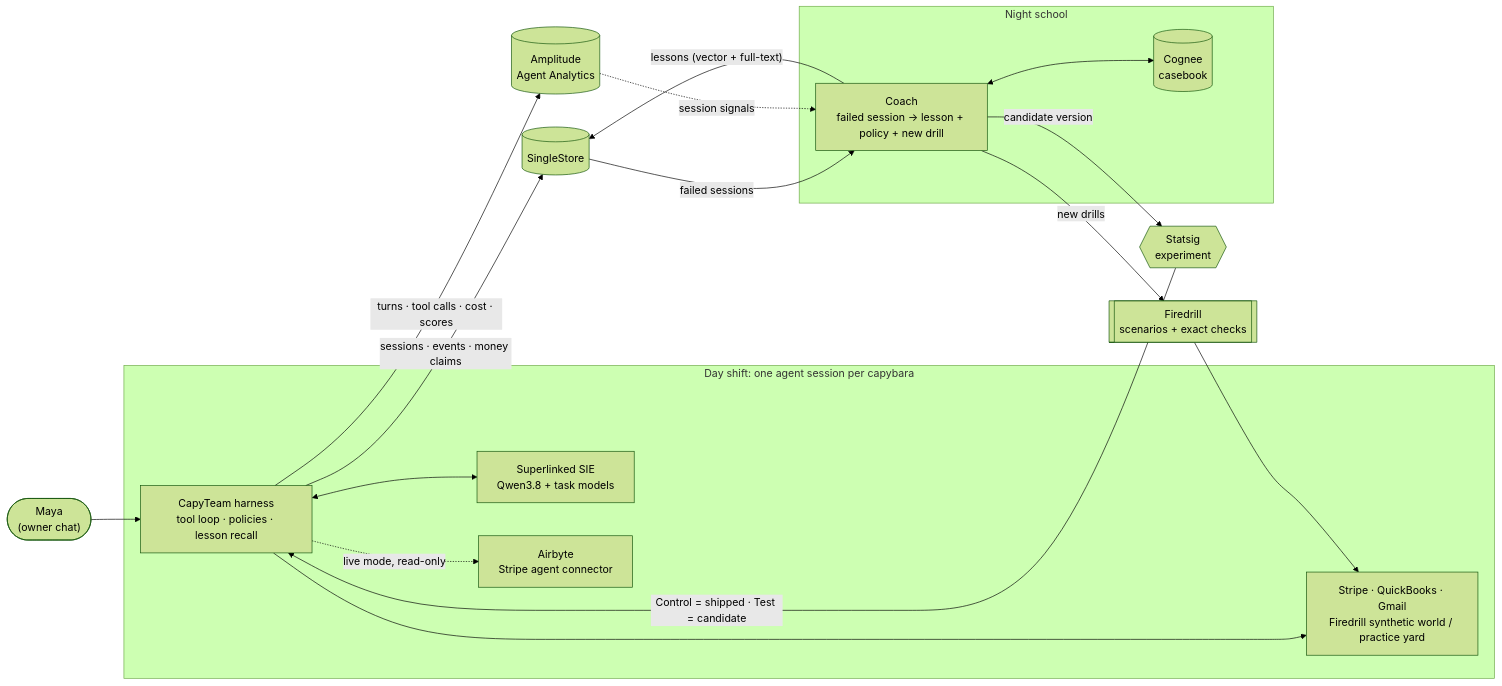
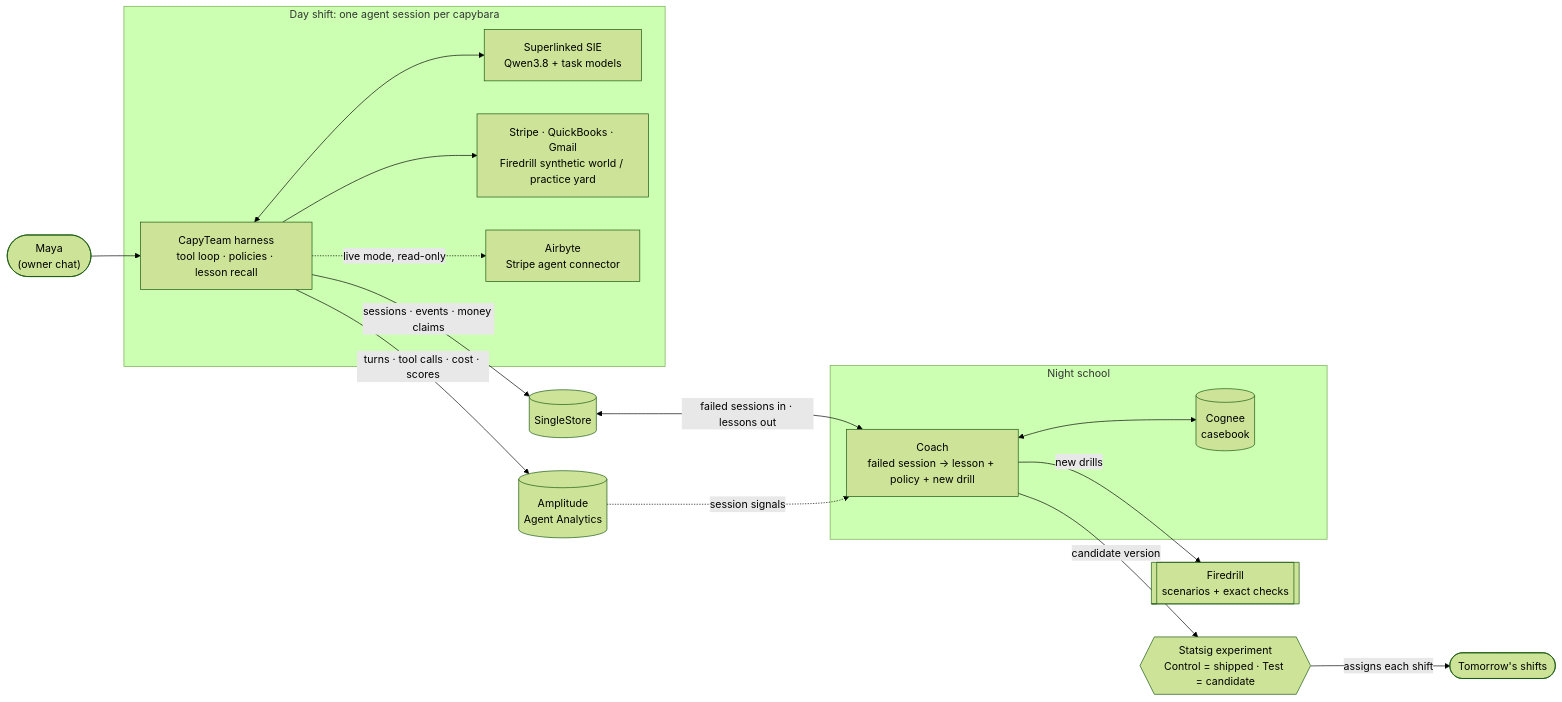
One commit to chinesepowered/hack-pah changed the diagram in README.md. Above: the diagram before and after it, drawn with Mermaid (forest theme). The commit also changed other lines of this file, not shown here.

First line of the commit message:
README: cleaner architecture diagram, drop the notes section

````diff
--- a/README.md
+++ b/README.md
@@ -51,23 +51,21 @@
 ```mermaid
 flowchart LR
   maya(["Maya<br/>(owner chat)"]) --> agent
   subgraph day["Day shift: one agent session per capybara"]
     agent["CapyTeam harness<br/>tool loop · policies · lesson recall"]
     agent <--> sie["Superlinked SIE<br/>Qwen3.8 + task models"]
     agent --> tools["Stripe · QuickBooks · Gmail<br/>Firedrill synthetic world / practice yard"]
     agent -. "live mode, read-only" .-> airbyte["Airbyte<br/>Stripe agent connector"]
   end
   agent -- "sessions · events · money claims" --> s2[("SingleStore")]
   agent -- "turns · tool calls · cost · scores" --> amp[("Amplitude<br/>Agent Analytics")]
   subgraph night["Night school"]
     coach["Coach<br/>failed session → lesson + policy + new drill"]
     coach <--> cognee[("Cognee<br/>casebook")]
   end
-  s2 -- "failed sessions" --> coach
+  s2 <-->|"failed sessions in · lessons out"| coach
   amp -. "session signals" .-> coach
-  coach -- "lessons (vector + full-text)" --> s2
   coach -- "new drills" --> fd[["Firedrill<br/>scenarios + exact checks"]]
-  fd --> tools
-  coach -- "candidate version" --> statsig{{"Statsig<br/>experiment"}}
-  statsig -- "Control = shipped · Test = candidate" --> agent
+  coach -- "candidate version" --> statsig{{"Statsig experiment<br/>Control = shipped · Test = candidate"}}
+  statsig -- "assigns each shift" --> next(["Tomorrow's shifts"])
 ```
````
